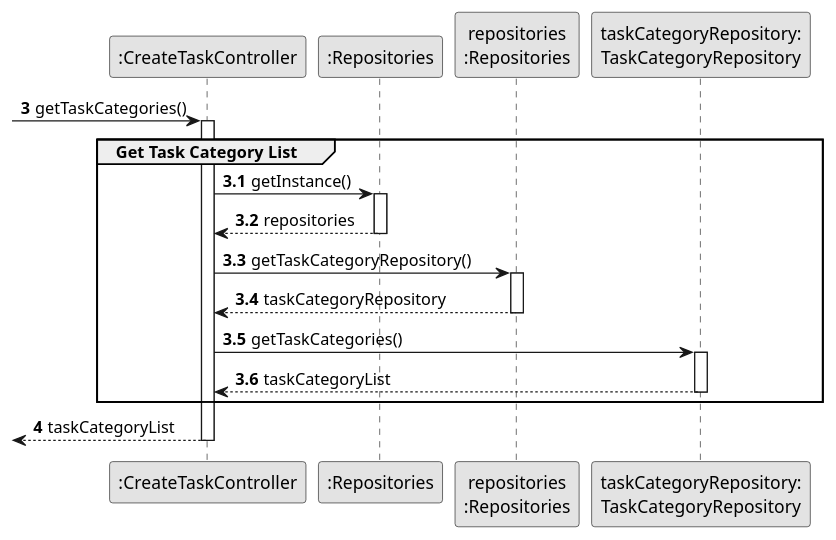
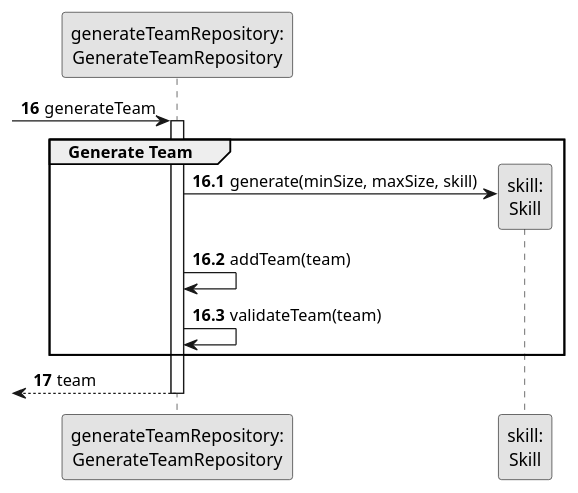
The diagram in docs/sprintA&B/us005/03.design/puml/us005-sequence-diagram-partial-generate-team.puml (daniel41silva05/ISEP_2023_2024_LAPR2), drawn with PlantUML before and after one commit. The commit also changed 7 other files, not shown here.

```diff
--- a/docs/sprintA&B/us005/03.design/puml/us005-sequence-diagram-partial-generate-team.puml
+++ b/docs/sprintA&B/us005/03.design/puml/us005-sequence-diagram-partial-generate-team.puml
@@ -1,48 +1,32 @@
 @startuml
 skinparam monochrome true
 skinparam packageStyle rectangle
 skinparam shadowing false
 
 autonumber
 
 'hide footbox
 
-participant ":CreateTaskController" as CTRL
-participant ":Repositories" as RepositorySingleton
-participant "repositories\n:Repositories" as PLAT
-participant "taskCategoryRepository:\nTaskCategoryRepository" as TaskCategoryRepository
+participant "generateTeamRepository:\nGenerateTeamRepository" as GTREP
+participant "skill:\nSkill" as SKILL
 
-autonumber 3
+autonumber 16
 
- -> CTRL : getTaskCategories()
-autonumber 3.1
-activate CTRL
-    group Get Task Category List
+ -> GTREP : generateTeam
+autonumber 16.1
+activate GTREP
+    group Generate Team
 
+        GTREP -> SKILL** : generate(minSize, maxSize, skill)
 
-            CTRL -> RepositorySingleton : getInstance()
-            activate RepositorySingleton
+        GTREP -> GTREP: addTeam(team)
 
-                RepositorySingleton --> CTRL: repositories
-            deactivate RepositorySingleton
-
-            CTRL -> PLAT : getTaskCategoryRepository()
-            activate PLAT
-
-                PLAT --> CTRL: taskCategoryRepository
-            deactivate PLAT
-
-            CTRL -> TaskCategoryRepository : getTaskCategories()
-            activate TaskCategoryRepository
-
-                TaskCategoryRepository --> CTRL : taskCategoryList
-            deactivate TaskCategoryRepository
-
+        GTREP -> GTREP: validateTeam(team)
 
     end
-    autonumber 4
-    <-- CTRL  : taskCategoryList
-deactivate CTRL
+    autonumber 17
+    <-- GTREP  : team
+deactivate GTREP
 
 
 @enduml
```
